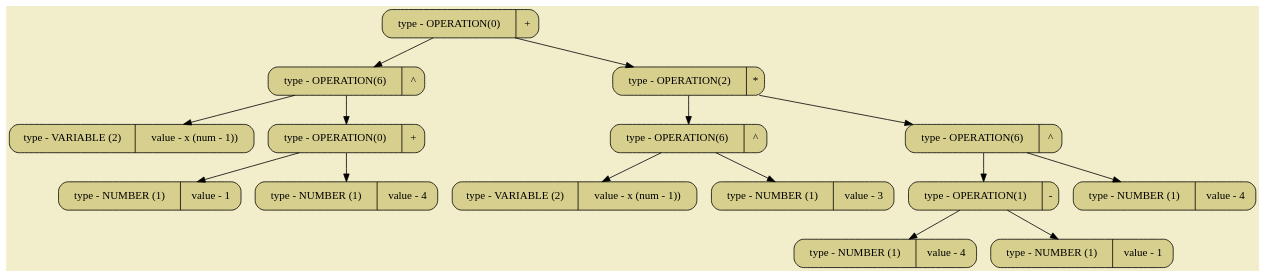
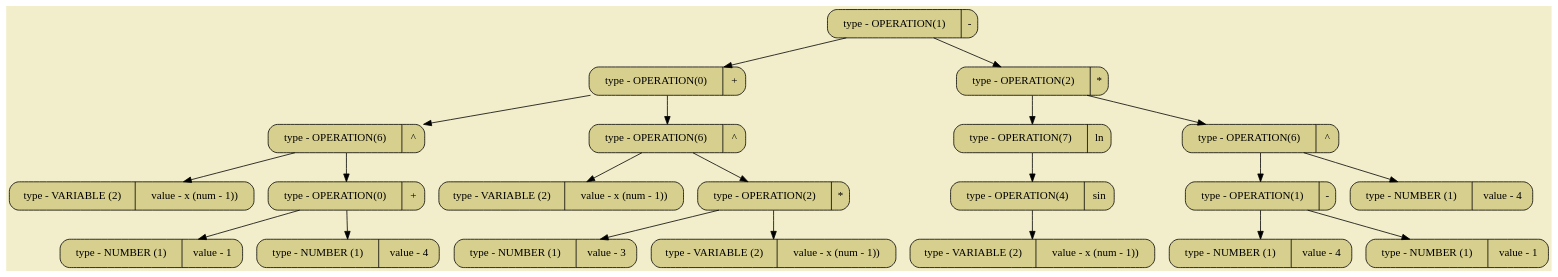
One commit to SashaKhaytina/Differenciator changed the diagram in all_dumps/pictures/image01.dot. Above: the diagram before and after it, drawn with Graphviz. The commit also changed 12 other files, not shown here.

```diff
--- a/all_dumps/pictures/image01.dot
+++ b/all_dumps/pictures/image01.dot
@@ -1,34 +1,46 @@
 digraph
 {
 bgcolor="#F2EECB";
 rankdir = TB;
-POINT_0x6295e31396d0[shape=Mrecord, label = "type - OPERATION(0) | +", style="filled",fillcolor="#D7CF8D"]
-POINT_0x6295e31395b0[shape=Mrecord, label = "type - OPERATION(6) | ^", style="filled",fillcolor="#D7CF8D"]
-POINT_0x6295e3139580[shape=Mrecord, label = "type - VARIABLE (2) | value - x (num - 1))", style="filled",fillcolor="#D7CF8D"]
-POINT_0x6295e3139640[shape=Mrecord, label = "type - OPERATION(0) | +", style="filled",fillcolor="#D7CF8D"]
-POINT_0x6295e3139610[shape=Mrecord, label = "type - NUMBER (1) | value - 1", style="filled",fillcolor="#D7CF8D"]
-POINT_0x6295e3139670[shape=Mrecord, label = "type - NUMBER (1) | value - 4", style="filled",fillcolor="#D7CF8D"]
-POINT_0x6295e31397b0[shape=Mrecord, label = "type - OPERATION(2) | *", style="filled",fillcolor="#D7CF8D"]
-POINT_0x6295e3139750[shape=Mrecord, label = "type - OPERATION(6) | ^", style="filled",fillcolor="#D7CF8D"]
-POINT_0x6295e3139720[shape=Mrecord, label = "type - VARIABLE (2) | value - x (num - 1))", style="filled",fillcolor="#D7CF8D"]
-POINT_0x6295e3139780[shape=Mrecord, label = "type - NUMBER (1) | value - 3", style="filled",fillcolor="#D7CF8D"]
-POINT_0x6295e31398d0[shape=Mrecord, label = "type - OPERATION(6) | ^", style="filled",fillcolor="#D7CF8D"]
-POINT_0x6295e3139840[shape=Mrecord, label = "type - OPERATION(1) | -", style="filled",fillcolor="#D7CF8D"]
-POINT_0x6295e3139810[shape=Mrecord, label = "type - NUMBER (1) | value - 4", style="filled",fillcolor="#D7CF8D"]
-POINT_0x6295e3139870[shape=Mrecord, label = "type - NUMBER (1) | value - 1", style="filled",fillcolor="#D7CF8D"]
-POINT_0x6295e3139900[shape=Mrecord, label = "type - NUMBER (1) | value - 4", style="filled",fillcolor="#D7CF8D"]
-POINT_0x6295e31396d0 -> POINT_0x6295e31395b0
-POINT_0x6295e31396d0 -> POINT_0x6295e31397b0
-POINT_0x6295e31395b0 -> POINT_0x6295e3139580
-POINT_0x6295e31395b0 -> POINT_0x6295e3139640
-POINT_0x6295e3139640 -> POINT_0x6295e3139610
-POINT_0x6295e3139640 -> POINT_0x6295e3139670
-POINT_0x6295e31397b0 -> POINT_0x6295e3139750
-POINT_0x6295e31397b0 -> POINT_0x6295e31398d0
-POINT_0x6295e3139750 -> POINT_0x6295e3139720
-POINT_0x6295e3139750 -> POINT_0x6295e3139780
-POINT_0x6295e31398d0 -> POINT_0x6295e3139840
-POINT_0x6295e31398d0 -> POINT_0x6295e3139900
-POINT_0x6295e3139840 -> POINT_0x6295e3139810
-POINT_0x6295e3139840 -> POINT_0x6295e3139870
+POINT_0x5e3315afe910[shape=Mrecord, label = "type - OPERATION(1) | -", style="filled",fillcolor="#D7CF8D"]
+POINT_0x5e3315afe750[shape=Mrecord, label = "type - OPERATION(0) | +", style="filled",fillcolor="#D7CF8D"]
+POINT_0x5e3315afe630[shape=Mrecord, label = "type - OPERATION(6) | ^", style="filled",fillcolor="#D7CF8D"]
+POINT_0x5e3315afe600[shape=Mrecord, label = "type - VARIABLE (2) | value - x (num - 1))", style="filled",fillcolor="#D7CF8D"]
+POINT_0x5e3315afe6c0[shape=Mrecord, label = "type - OPERATION(0) | +", style="filled",fillcolor="#D7CF8D"]
+POINT_0x5e3315afe690[shape=Mrecord, label = "type - NUMBER (1) | value - 1", style="filled",fillcolor="#D7CF8D"]
+POINT_0x5e3315afe6f0[shape=Mrecord, label = "type - NUMBER (1) | value - 4", style="filled",fillcolor="#D7CF8D"]
+POINT_0x5e3315afe7d0[shape=Mrecord, label = "type - OPERATION(6) | ^", style="filled",fillcolor="#D7CF8D"]
+POINT_0x5e3315afe7a0[shape=Mrecord, label = "type - VARIABLE (2) | value - x (num - 1))", style="filled",fillcolor="#D7CF8D"]
+POINT_0x5e3315afe860[shape=Mrecord, label = "type - OPERATION(2) | *", style="filled",fillcolor="#D7CF8D"]
+POINT_0x5e3315afe830[shape=Mrecord, label = "type - NUMBER (1) | value - 3", style="filled",fillcolor="#D7CF8D"]
+POINT_0x5e3315afe8b0[shape=Mrecord, label = "type - VARIABLE (2) | value - x (num - 1))", style="filled",fillcolor="#D7CF8D"]
+POINT_0x5e3315afeaf0[shape=Mrecord, label = "type - OPERATION(2) | *", style="filled",fillcolor="#D7CF8D"]
+POINT_0x5e3315afe960[shape=Mrecord, label = "type - OPERATION(7) | ln", style="filled",fillcolor="#D7CF8D"]
+POINT_0x5e3315afe9e0[shape=Mrecord, label = "type - OPERATION(4) | sin", style="filled",fillcolor="#D7CF8D"]
+POINT_0x5e3315afea60[shape=Mrecord, label = "type - VARIABLE (2) | value - x (num - 1))", style="filled",fillcolor="#D7CF8D"]
+POINT_0x5e3315afec10[shape=Mrecord, label = "type - OPERATION(6) | ^", style="filled",fillcolor="#D7CF8D"]
+POINT_0x5e3315afeb80[shape=Mrecord, label = "type - OPERATION(1) | -", style="filled",fillcolor="#D7CF8D"]
+POINT_0x5e3315afeb50[shape=Mrecord, label = "type - NUMBER (1) | value - 4", style="filled",fillcolor="#D7CF8D"]
+POINT_0x5e3315afebb0[shape=Mrecord, label = "type - NUMBER (1) | value - 1", style="filled",fillcolor="#D7CF8D"]
+POINT_0x5e3315afec40[shape=Mrecord, label = "type - NUMBER (1) | value - 4", style="filled",fillcolor="#D7CF8D"]
+POINT_0x5e3315afe910 -> POINT_0x5e3315afe750
+POINT_0x5e3315afe910 -> POINT_0x5e3315afeaf0
+POINT_0x5e3315afe750 -> POINT_0x5e3315afe630
+POINT_0x5e3315afe750 -> POINT_0x5e3315afe7d0
+POINT_0x5e3315afe630 -> POINT_0x5e3315afe600
+POINT_0x5e3315afe630 -> POINT_0x5e3315afe6c0
+POINT_0x5e3315afe6c0 -> POINT_0x5e3315afe690
+POINT_0x5e3315afe6c0 -> POINT_0x5e3315afe6f0
+POINT_0x5e3315afe7d0 -> POINT_0x5e3315afe7a0
+POINT_0x5e3315afe7d0 -> POINT_0x5e3315afe860
+POINT_0x5e3315afe860 -> POINT_0x5e3315afe830
+POINT_0x5e3315afe860 -> POINT_0x5e3315afe8b0
+POINT_0x5e3315afeaf0 -> POINT_0x5e3315afe960
+POINT_0x5e3315afeaf0 -> POINT_0x5e3315afec10
+POINT_0x5e3315afe960 -> POINT_0x5e3315afe9e0
+POINT_0x5e3315afe9e0 -> POINT_0x5e3315afea60
+POINT_0x5e3315afec10 -> POINT_0x5e3315afeb80
+POINT_0x5e3315afec10 -> POINT_0x5e3315afec40
+POINT_0x5e3315afeb80 -> POINT_0x5e3315afeb50
+POINT_0x5e3315afeb80 -> POINT_0x5e3315afebb0
 }
```
